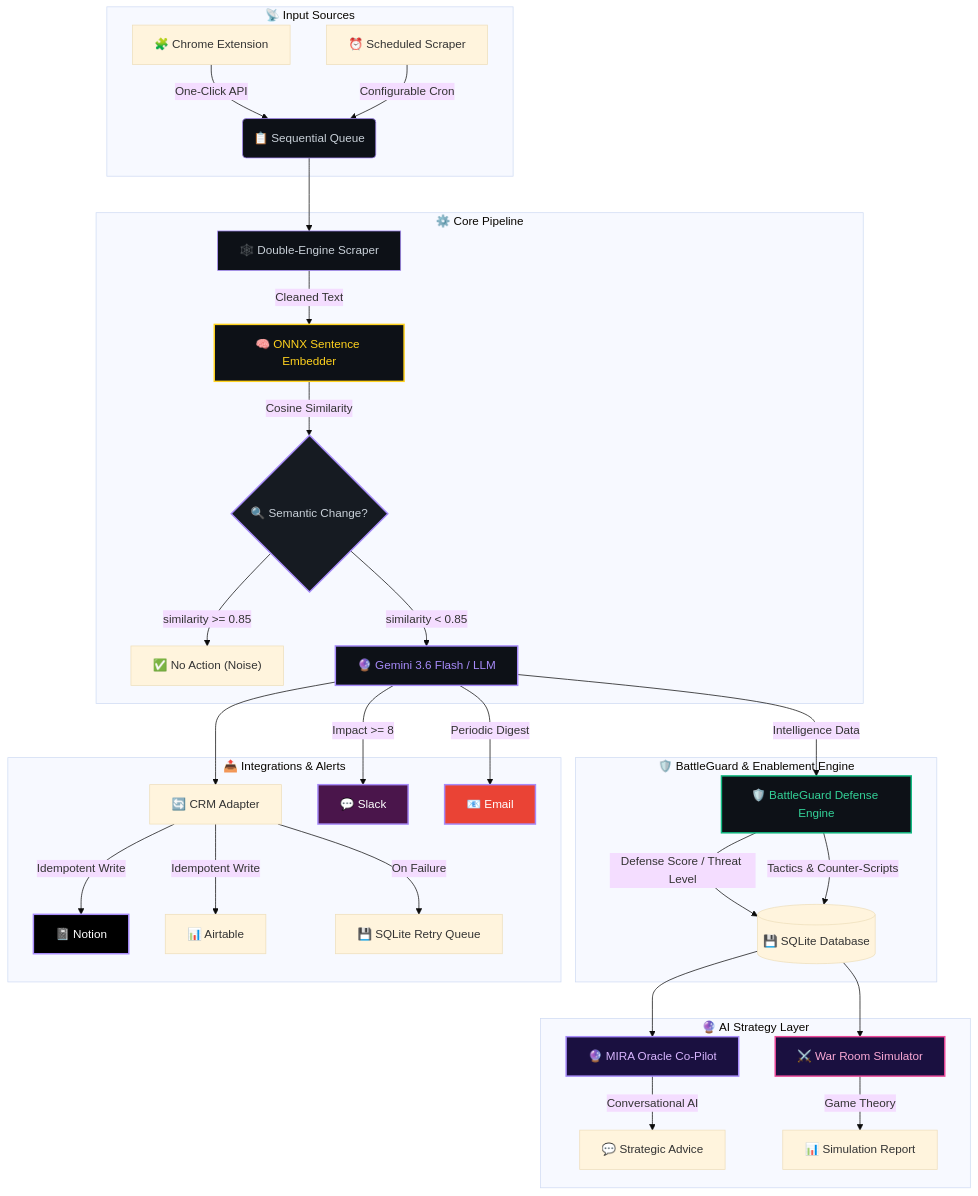
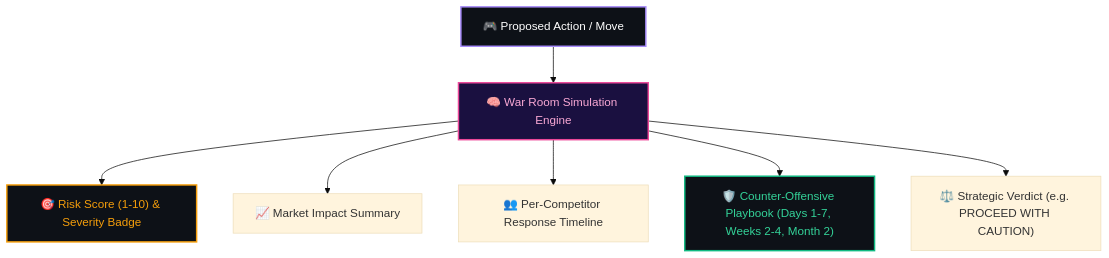
One commit to NitheshK4/MIRA changed the first of 2 diagrams in README.md. Above: the diagram before and after it, drawn with Mermaid (base theme). The commit also changed other lines of this file, not shown here.

Commit message:
docs: Rewrite README.md with ultra-unique aesthetic, BattleGuard HUD, and Gemini 3.6 Flash engine

````diff
--- a/README.md
+++ b/README.md
@@ -203,51 +139,14 @@
 ```mermaid
 graph TD
-    subgraph "📡 Input Sources"
-        A["🧩 Chrome Extension"] -->|"One-Click API"| B("📋 Sequential Queue")
-        C["⏰ Scheduled Scraper"] -->|"Configurable Cron"| B
-    end
+    A["🎮 Proposed Action / Move"] --> B["🧠 War Room Simulation Engine"]
+    B --> C["🎯 Risk Score (1-10) & Severity Badge"]
+    B --> D["📈 Market Impact Summary"]
+    B --> E["👥 Per-Competitor Response Timeline"]
+    B --> F["🛡️ Counter-Offensive Playbook (Days 1-7, Weeks 2-4, Month 2)"]
+    B --> G["⚖️ Strategic Verdict (e.g. PROCEED WITH CAUTION)"]
 
-    subgraph "⚙️ Core Pipeline"
-        B --> D["🕸️ Double-Engine Scraper"]
-        D -->|"Cleaned Text"| E["🧠 ONNX Sentence Embedder"]
-        E -->|"Cosine Similarity"| F{"🔍 Semantic Change?"}
-        F -->|"similarity >= 0.85"| G["✅ No Action (Noise)"]
-        F -->|"similarity < 0.85"| H["🔮 Gemini 3.6 Flash / LLM"]
-    end
-
-    subgraph "🛡️ BattleGuard & Enablement Engine"
-        H -->|"Intelligence Data"| BC["🛡️ BattleGuard Defense Engine"]
-        BC -->|"Defense Score / Threat Level"| DB[("💾 SQLite Database")]
-        BC -->|"Tactics & Counter-Scripts"| DB
-    end
-
-    subgraph "🔮 AI Strategy Layer"
-        ORACLE["🔮 MIRA Oracle Co-Pilot"]
-        WARROOM["⚔️ War Room Simulator"]
-        DB --> ORACLE
-        DB --> WARROOM
-        ORACLE -->|"Conversational AI"| ORACLE_OUT["💬 Strategic Advice"]
-        WARROOM -->|"Game Theory"| WAR_OUT["📊 Simulation Report"]
-    end
-
-    subgraph "📤 Integrations & Alerts"
-        H --> J["🔄 CRM Adapter"]
-        J -->|"Idempotent Write"| K["📓 Notion"]
-        J -->|"Idempotent Write"| L["📊 Airtable"]
-        J -->|"On Failure"| M["💾 SQLite Retry Queue"]
-        H -->|"Impact >= 8"| N["💬 Slack"]
-        H -->|"Periodic Digest"| O["📧 Email"]
-    end
-
-    style K fill:#000000,stroke:#A78BFA,stroke-width:2px,color:#fff
-    style N fill:#4A154B,stroke:#A78BFA,stroke-width:2px,color:#fff
-    style O fill:#EA4335,stroke:#A78BFA,stroke-width:2px,color:#fff
-    style B fill:#0d1117,stroke:#A78BFA,stroke-width:1px,color:#c9d1d9
-    style D fill:#0d1117,stroke:#A78BFA,stroke-width:1px,color:#c9d1d9
-    style E fill:#0d1117,stroke:#FFD21E,stroke-width:2px,color:#FFD21E
-    style H fill:#0d1117,stroke:#A78BFA,stroke-width:2px,color:#A78BFA
-    style F fill:#161b22,stroke:#A78BFA,stroke-width:2px,color:#c9d1d9
-    style ORACLE fill:#1a1040,stroke:#A78BFA,stroke-width:2px,color:#d8b4fe
-    style WARROOM fill:#1a1040,stroke:#EC4899,stroke-width:2px,color:#f9a8d4
-    style BC fill:#0d1117,stroke:#10B981,stroke-width:2px,color:#34D399
+    style A fill:#0d1117,stroke:#A78BFA,stroke-width:2px,color:#fff
+    style B fill:#1a1040,stroke:#EC4899,stroke-width:2px,color:#f9a8d4
+    style C fill:#0d1117,stroke:#F59E0B,stroke-width:2px,color:#F59E0B
+    style F fill:#0d1117,stroke:#10B981,stroke-width:2px,color:#34D399
 ```
````
